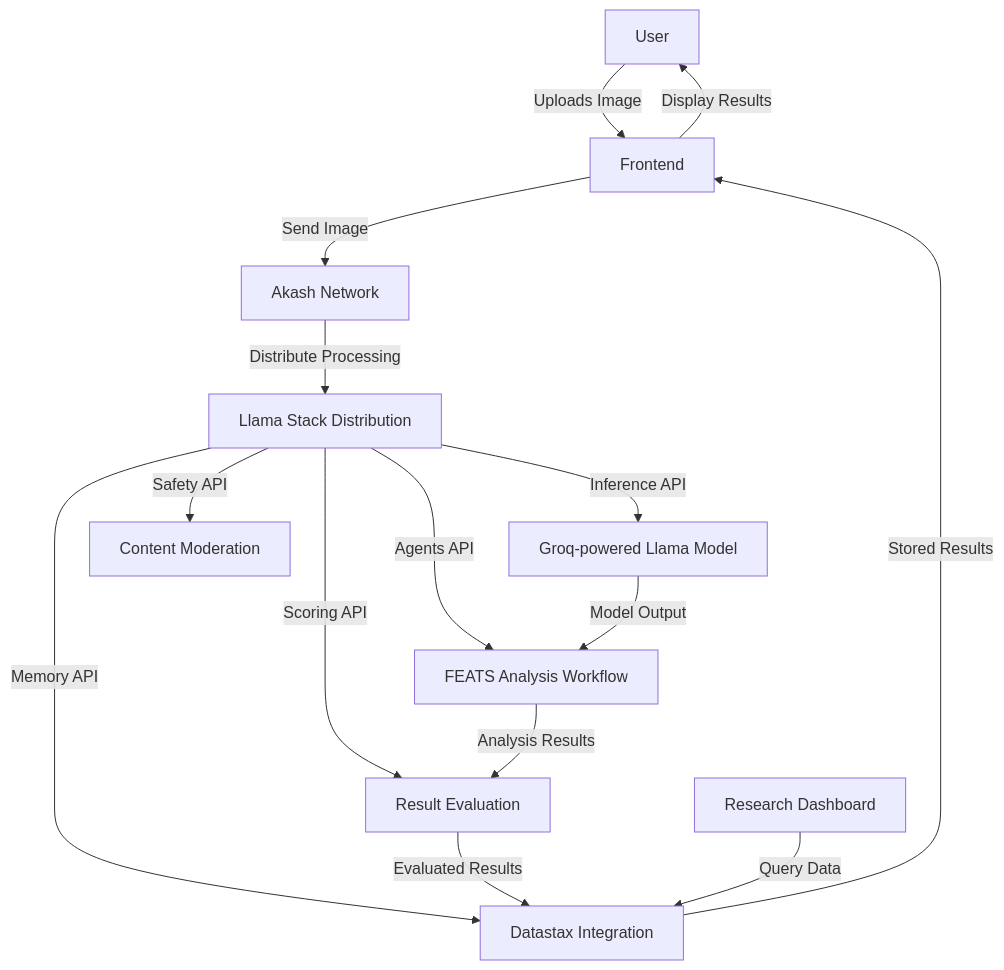
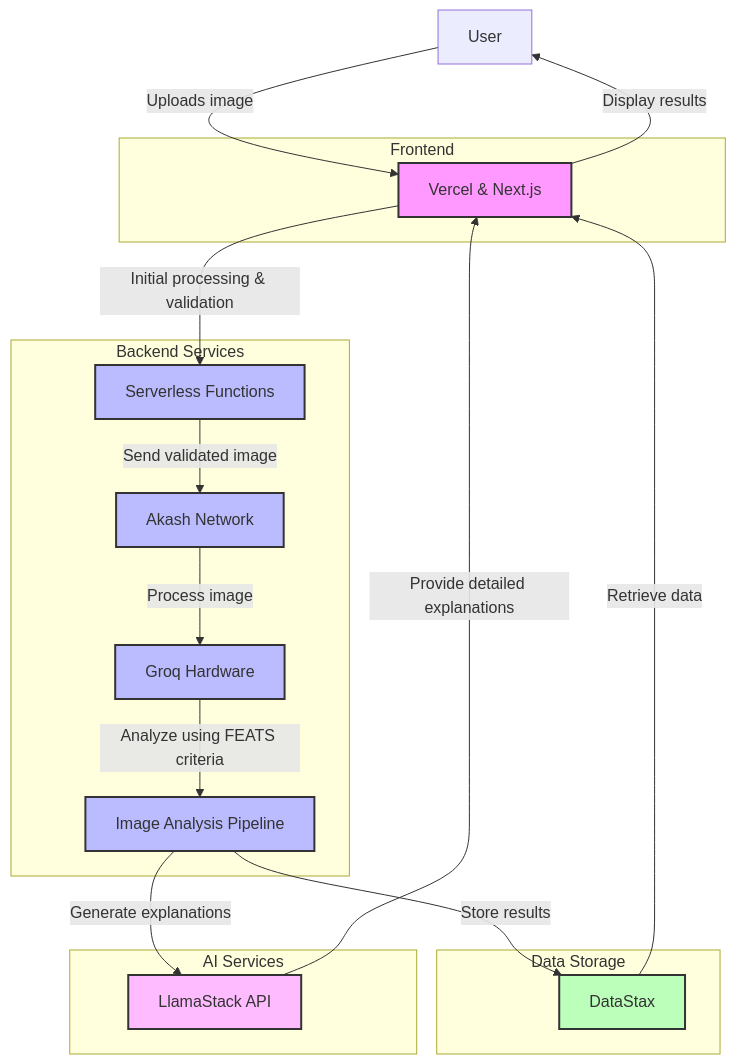
Before and after one commit to yveshughes/feats: the diagram in public/technology.mermaid, drawn with Mermaid.

Commit message:
updated mermaid diagram

```diff
--- a/public/technology.mermaid
+++ b/public/technology.mermaid
@@ -1,15 +1,40 @@
 graph TD
-    A[User] -->|Uploads Image| B[Frontend]
-    B -->|Send Image| C[Akash Network]
-    C -->|Distribute Processing| D[Llama Stack Distribution]
-    D -->|Inference API| E[Groq-powered Llama Model]
-    D -->|Agents API| F[FEATS Analysis Workflow]
-    D -->|Memory API| G[Datastax Integration]
-    D -->|Safety API| H[Content Moderation]
-    D -->|Scoring API| I[Result Evaluation]
-    E -->|Model Output| F
-    F -->|Analysis Results| I
-    I -->|Evaluated Results| G
-    G -->|Stored Results| B
-    B -->|Display Results| A
-    J[Research Dashboard] -->|Query Data| G
+    A[User] -->|Uploads image| B[Vercel & Next.js]
+    B -->|Initial processing & validation| C[Serverless Functions]
+    C -->|Send validated image| D[Akash Network]
+    D -->|Process image| E[Groq Hardware]
+    E -->|Analyze using FEATS criteria| F[Image Analysis Pipeline]
+    F -->|Store results| G[DataStax]
+    F -->|Generate explanations| H[LlamaStack API]
+    G -->|Retrieve data| B
+    H -->|Provide detailed explanations| B
+    B -->|Display results| A
+
+    subgraph "Frontend"
+        B
+    end
+
+    subgraph "Backend Services"
+        C
+        D
+        E
+        F
+    end
+
+    subgraph "Data Storage"
+        G
+    end
+
+    subgraph "AI Services"
+        H
+    end
+
+    classDef frontend fill:#f9f,stroke:#333,stroke-width:2px;
+    classDef backend fill:#bbf,stroke:#333,stroke-width:2px;
+    classDef storage fill:#bfb,stroke:#333,stroke-width:2px;
+    classDef ai fill:#fbf,stroke:#333,stroke-width:2px;
+
+    class B frontend;
+    class C,D,E,F backend;
+    class G storage;
+    class H ai;
```
